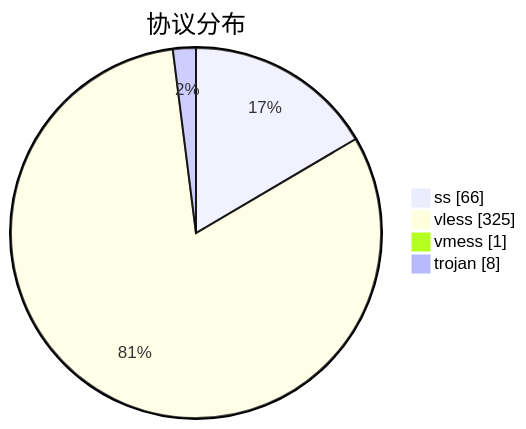
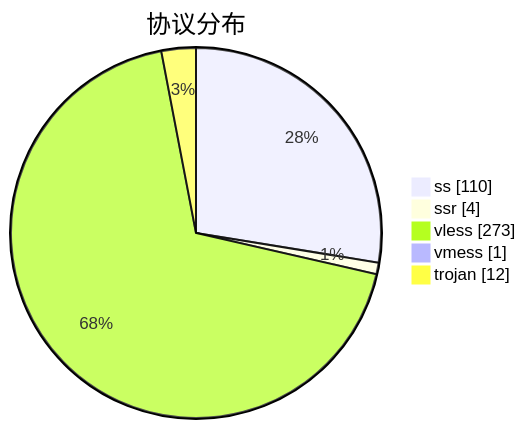
One commit to qjlxg/airport changed the third of 3 diagrams in subs/statistics/tested_within.md. Above: the diagram before and after it, drawn with Mermaid. The commit also changed other lines of this file and 2 other files, not shown here.

````diff
--- a/subs/statistics/tested_within.md
+++ b/subs/statistics/tested_within.md
@@ -36,8 +38,9 @@
 ```mermaid
 pie showData
 title 协议分布
-"ss" : 66
-"vless" : 325
+"ss" : 110
+"ssr" : 4
+"vless" : 273
 "vmess" : 1
-"trojan" : 8
+"trojan" : 12
 ```
````
